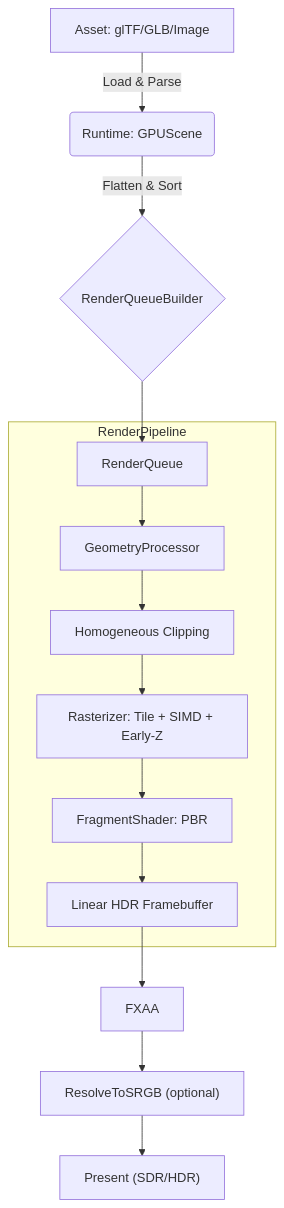
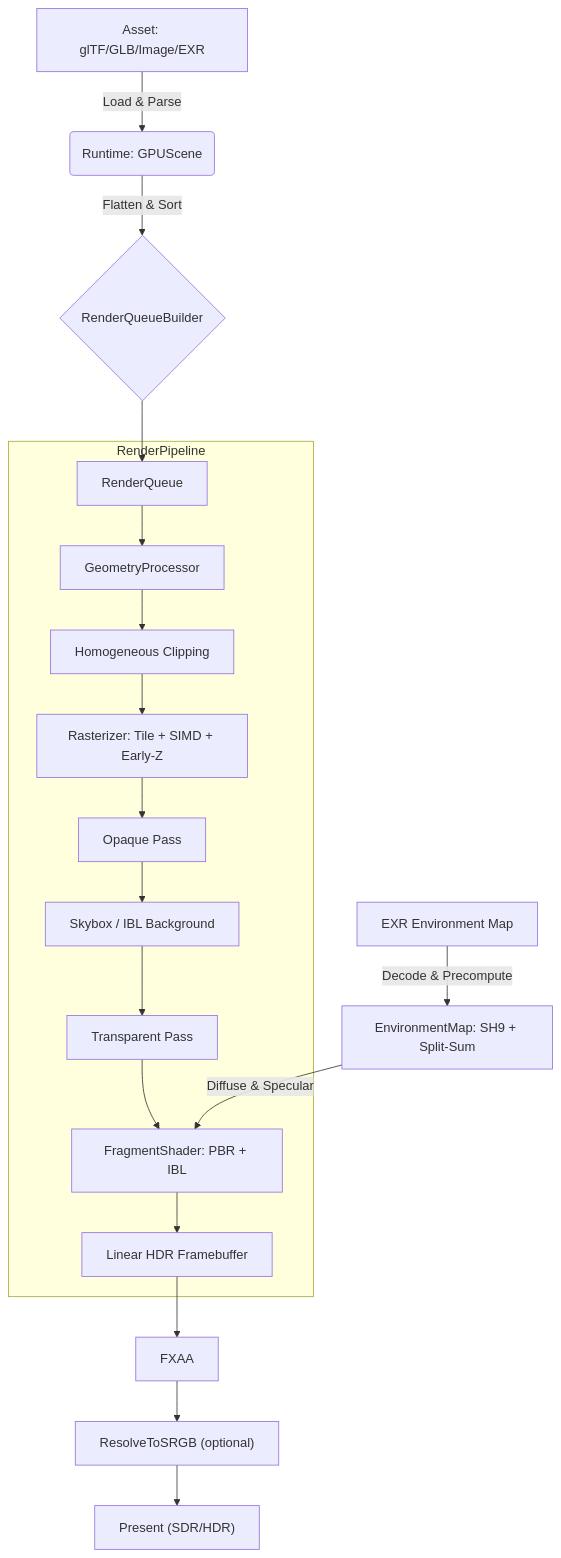
The diagram in README.md (283397898/SoftRasterizer), drawn with Mermaid before and after one commit. The commit also changed other lines of this file and 22 other files, not shown here.

````diff
--- a/README.md
+++ b/README.md
@@ -224,18 +278,24 @@
 ```mermaid
 graph TD
-     A[Asset: glTF/GLB/Image] -->|Load & Parse| B(Runtime: GPUScene)
+     A[Asset: glTF/GLB/Image/EXR] -->|Load & Parse| B(Runtime: GPUScene)
      B -->|Flatten & Sort| C{RenderQueueBuilder}
      C --> D[RenderQueue]
 
      subgraph RenderPipeline
      D --> E[GeometryProcessor]
      E --> F[Homogeneous Clipping]
      F --> G[Rasterizer: Tile + SIMD + Early-Z]
-     G --> H[FragmentShader: PBR]
+     G --> H1[Opaque Pass]
+     H1 --> H2[Skybox / IBL Background]
+     H2 --> H3[Transparent Pass]
+     H3 --> H[FragmentShader: PBR + IBL]
      H --> I[Linear HDR Framebuffer]
      end
+
+     EXR[EXR Environment Map] -->|Decode & Precompute| IBL[EnvironmentMap: SH9 + Split-Sum]
+     IBL -->|Diffuse & Specular| H
 
      I --> J[FXAA]
      J --> K["ResolveToSRGB (optional)"]
      K --> L["Present (SDR/HDR)"]
 ```
````
